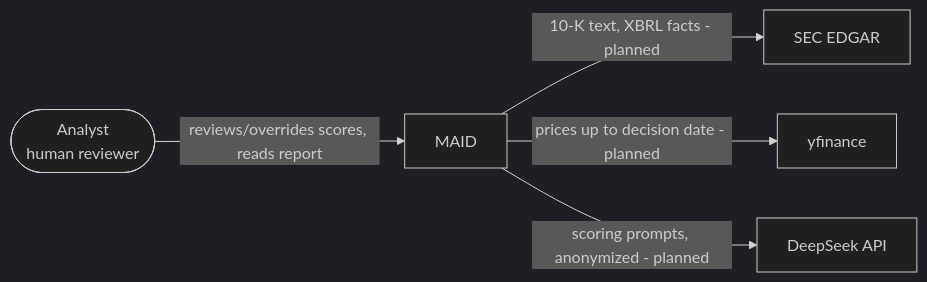
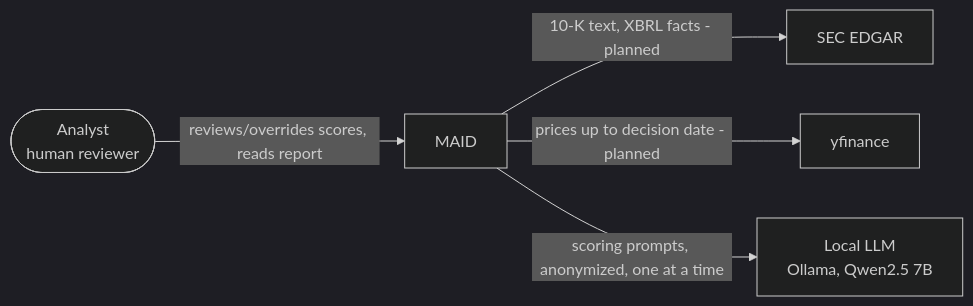
Before and after one commit to whoimad/maid: the first of 6 diagrams in docs/architecture/overview.md, drawn with Mermaid (dark theme). The commit also changed other lines of this file and 16 other files, not shown here.

First line of the commit message:
feat(llm): local models only, sequential agents (D21); prompt v2 quote length

````diff
--- a/docs/architecture/overview.md
+++ b/docs/architecture/overview.md
@@ -34,7 +34,7 @@
 ```mermaid
 flowchart LR
     U([Analyst<br/>human reviewer]) -->|reviews/overrides scores, reads report| MAID[MAID]
     MAID -->|10-K text, XBRL facts - planned| SEC[SEC EDGAR]
     MAID -->|prices up to decision date - planned| YF[yfinance]
-    MAID -->|scoring prompts, anonymized - planned| DS[DeepSeek API]
+    MAID -->|scoring prompts, anonymized, one at a time| DS[Local LLM<br/>Ollama, Qwen2.5 7B]
 ```
````
